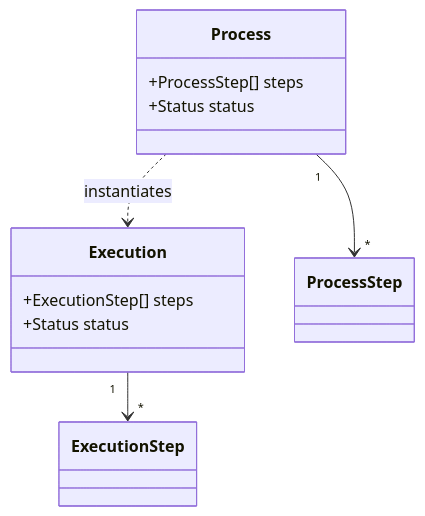
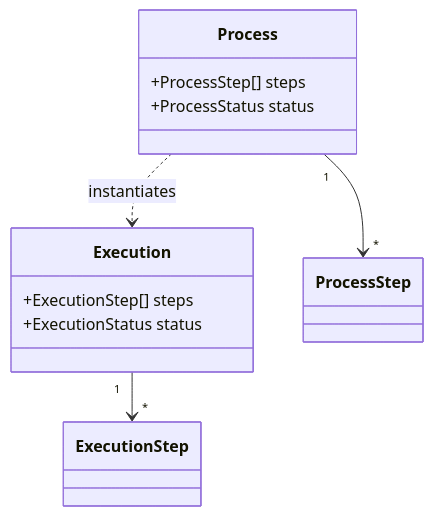
One commit to hxcCoder/saas-ticket-architecture-lab changed the first of 2 diagrams in readme.md. Above: the diagram before and after it, drawn with Mermaid. The commit also changed other lines of this file and 1 other file, not shown here.

````diff
--- a/readme.md
+++ b/readme.md
@@ -80,14 +82,14 @@
 ```mermaid
 classDiagram
     class Process {
         +ProcessStep[] steps
-        +Status status
+        +ProcessStatus status
     }
     class Execution {
         +ExecutionStep[] steps
-        +Status status
+        +ExecutionStatus status
     }
     Process "1" --> "*" ProcessStep
     Execution "1" --> "*" ExecutionStep
     Process ..> Execution : instantiates
 ```
````
